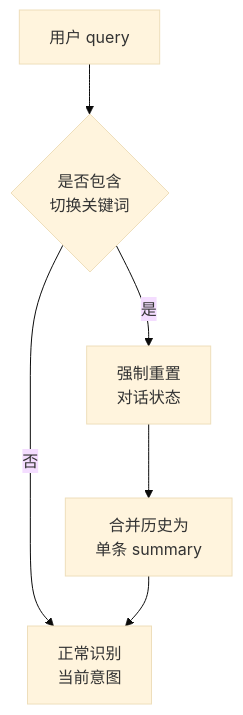
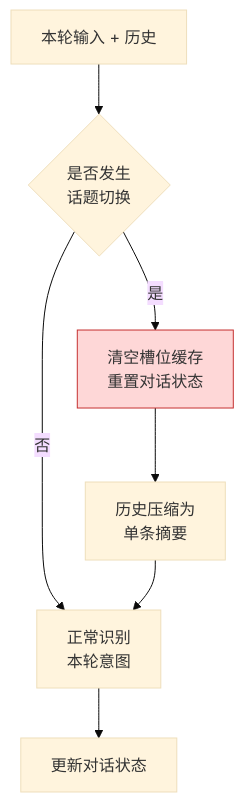
Before and after one commit to tanteng/blog: the third of 7 diagrams in content/posts/intent-recognition-slm-vs-function-calling.md, drawn with Mermaid (base theme). The commit also changed other lines of this file, not shown here.

Commit message:
docs: 重写意图识别 SLM vs Function Calling 文章

````diff
--- a/content/posts/intent-recognition-slm-vs-function-calling.md
+++ b/content/posts/intent-recognition-slm-vs-function-calling.md
@@ -169,8 +482,10 @@
 ```mermaid
 graph TD
-    A[用户 query] --> B{是否包含<br/>切换关键词}
-    B -->|是| C[强制重置<br/>对话状态]
-    B -->|否| D[正常识别<br/>当前意图]
-    C --> E[合并历史为<br/>单条 summary]
+    A[本轮输入 + 历史] --> B{是否发生<br/>话题切换}
+    B -->|是| C[清空槽位缓存<br/>重置对话状态]
+    B -->|否| D[正常识别<br/>本轮意图]
+    C --> E[历史压缩为<br/>单条摘要]
     E --> D
+    D --> F[更新对话状态]
+    style C fill:#fed7d7,stroke:#c53030
 ```
````
